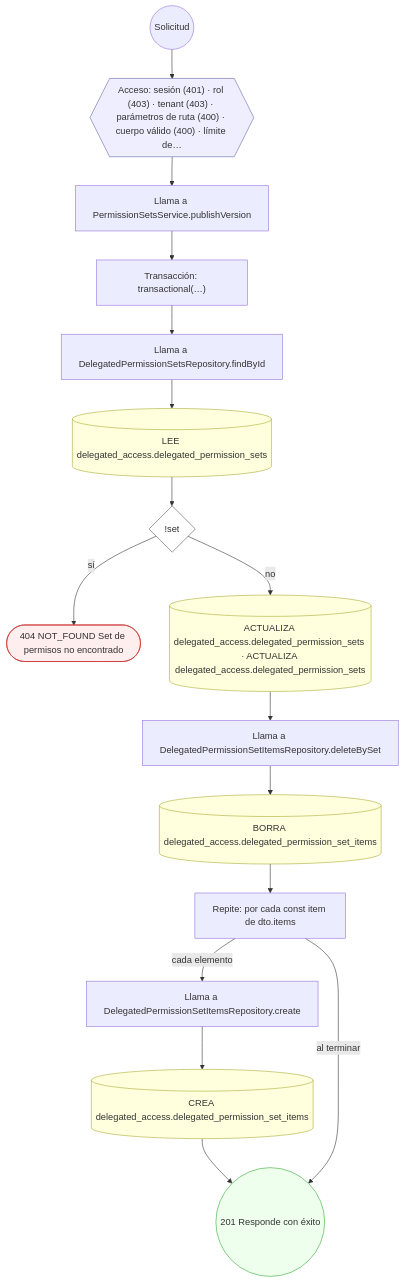
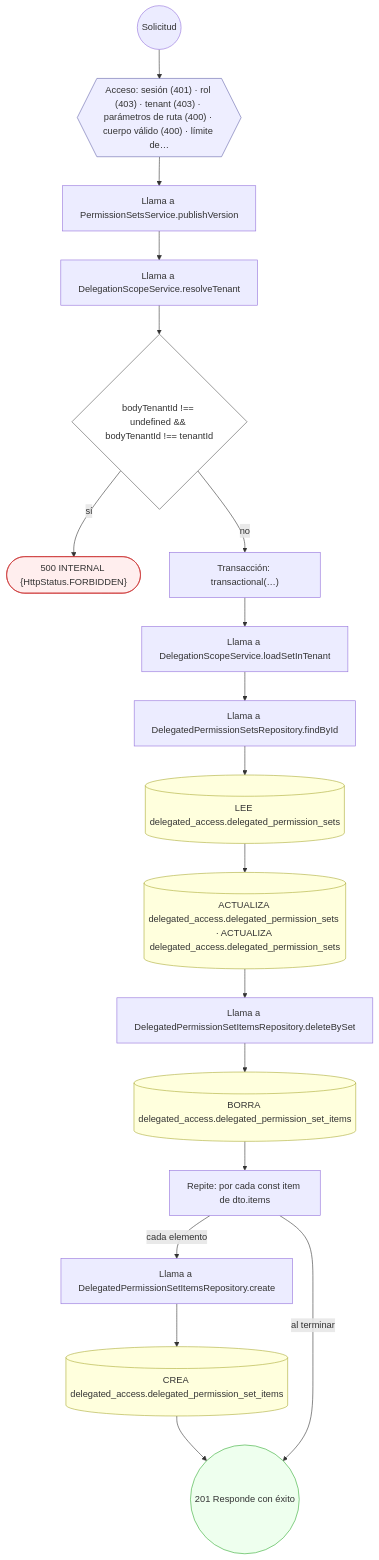
One commit to mdavila-2001/mantra-core-health-api changed the sixth of 12 diagrams in docs/inventario/flujos/delegated_access.md. Above: the diagram before and after it, drawn with Mermaid. The commit also changed other lines of this file and 438 other files, not shown here.

````diff
--- a/docs/inventario/flujos/delegated_access.md
+++ b/docs/inventario/flujos/delegated_access.md
@@ -418,39 +469,43 @@
 ```mermaid
 flowchart TD
   n1(("Solicitud")):::inicio
   n2{{"Acceso: sesión (401) · rol (403) · tenant (403) · parámetros de ruta (400) · cuerpo válido (400) · límite de…"}}:::acceso
   n1 --> n2
   n3["Llama a PermissionSetsService.publishVersion"]:::llamada
   n2 --> n3
-  n4["Transacción: transactional(…)"]:::transaccion
+  n4["Llama a DelegationScopeService.resolveTenant"]:::llamada
   n3 --> n4
-  n5["Llama a DelegatedPermissionSetsRepository.findById"]:::llamada
+  n5{"bodyTenantId !== undefined && bodyTenantId !== tenantId"}:::decision
   n4 --> n5
-  n6[("LEE delegated_access.delegated_permission_sets")]:::efecto
-  n5 --> n6
-  n7{"!set"}:::decision
-  n6 --> n7
-  n8(["404 NOT_FOUND Set de permisos no encontrado"]):::error
-  n7 -->|"sí"| n8
-  n9[("ACTUALIZA delegated_access.delegated_permission_sets · ACTUALIZA delegated_access.delegated_permission_sets")]:::efecto
-  n7 -->|"no"| n9
-  n10["Llama a DelegatedPermissionSetItemsRepository.deleteBySet"]:::llamada
+  n6(["500 INTERNAL {HttpStatus.FORBIDDEN}"]):::error
+  n5 -->|"sí"| n6
+  n7["Transacción: transactional(…)"]:::transaccion
+  n5 -->|"no"| n7
+  n8["Llama a DelegationScopeService.loadSetInTenant"]:::llamada
+  n7 --> n8
+  n9["Llama a DelegatedPermissionSetsRepository.findById"]:::llamada
+  n8 --> n9
+  n10[("LEE delegated_access.delegated_permission_sets")]:::efecto
   n9 --> n10
-  n11[("BORRA delegated_access.delegated_permission_set_items")]:::efecto
+  n11[("ACTUALIZA delegated_access.delegated_permission_sets · ACTUALIZA delegated_access.delegated_permission_sets")]:::efecto
   n10 --> n11
-  n12["Repite: por cada const item de dto.items"]:::bucle
+  n12["Llama a DelegatedPermissionSetItemsRepository.deleteBySet"]:::llamada
   n11 --> n12
-  n13["Llama a DelegatedPermissionSetItemsRepository.create"]:::llamada
-  n12 -->|"cada elemento"| n13
-  n14[("CREA delegated_access.delegated_permission_set_items")]:::efecto
+  n13[("BORRA delegated_access.delegated_permission_set_items")]:::efecto
+  n12 --> n13
+  n14["Repite: por cada const item de dto.items"]:::bucle
   n13 --> n14
-  n15(("201 Responde con éxito")):::ok
-  n14 --> n15
-  n12 -->|"al terminar"| n15
+  n15["Llama a DelegatedPermissionSetItemsRepository.create"]:::llamada
+  n14 -->|"cada elemento"| n15
+  n16[("CREA delegated_access.delegated_permission_set_items")]:::efecto
+  n15 --> n16
+  n17(("201 Responde con éxito")):::ok
+  n16 --> n17
+  n14 -->|"al terminar"| n17
   classDef acceso fill:#eef,stroke:#66a
   classDef error fill:#fee,stroke:#c33
   classDef ok fill:#efe,stroke:#3a3
   classDef efecto fill:#ffd,stroke:#aa3
   classDef decision fill:#fff,stroke:#555
   classDef corte fill:#eee,stroke:#999,stroke-dasharray: 4
 ```
````
